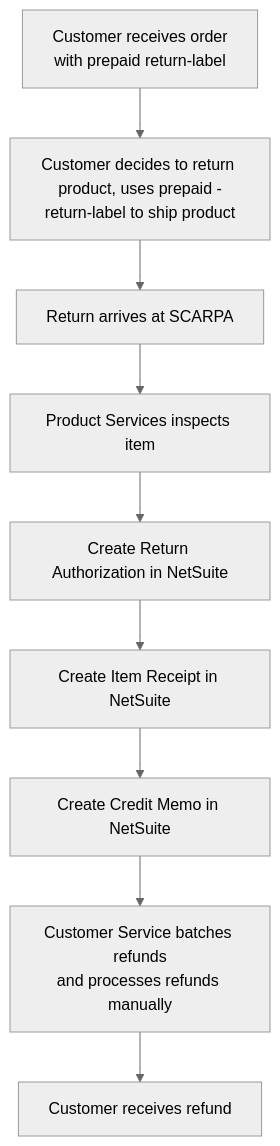
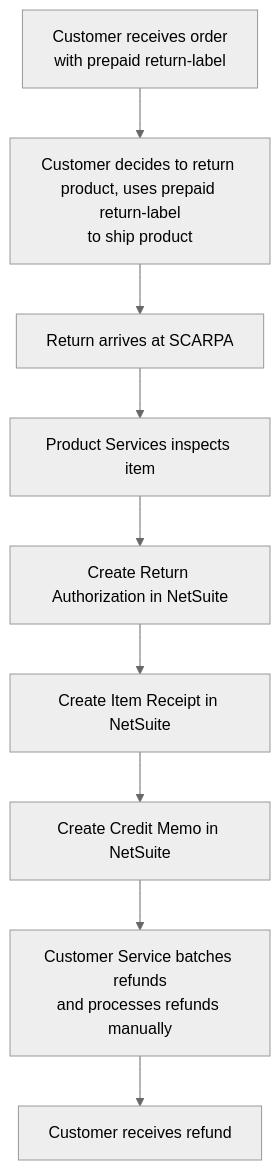
The diagram in docs/02-legacy-process.md (chasebarrett/loop-returns-celigo-integration), drawn with Mermaid (neutral theme) before and after one commit.

````diff
--- a/docs/02-legacy-process.md
+++ b/docs/02-legacy-process.md
@@ -23,11 +23,11 @@
 ```mermaid
 flowchart TD
-  A[Customer receives order<br/>with prepaid return-label] --> B[Customer decides to return product, uses prepaid -return-label to ship product]
+  A[Customer receives order<br/>with prepaid return-label] --> B[Customer decides to return product, uses prepaid return-label<br/>to ship product]
   B --> C[Return arrives at SCARPA]
   C --> D[Product Services inspects item]
   D --> E[Create Return Authorization in NetSuite]
   E --> F[Create Item Receipt in NetSuite]
   F --> G[Create Credit Memo in NetSuite]
   G --> H[Customer Service batches refunds<br/>and processes refunds manually]
   H --> I[Customer receives refund]
 ```
````
